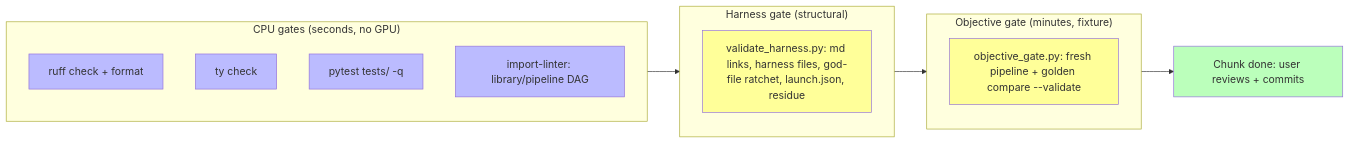
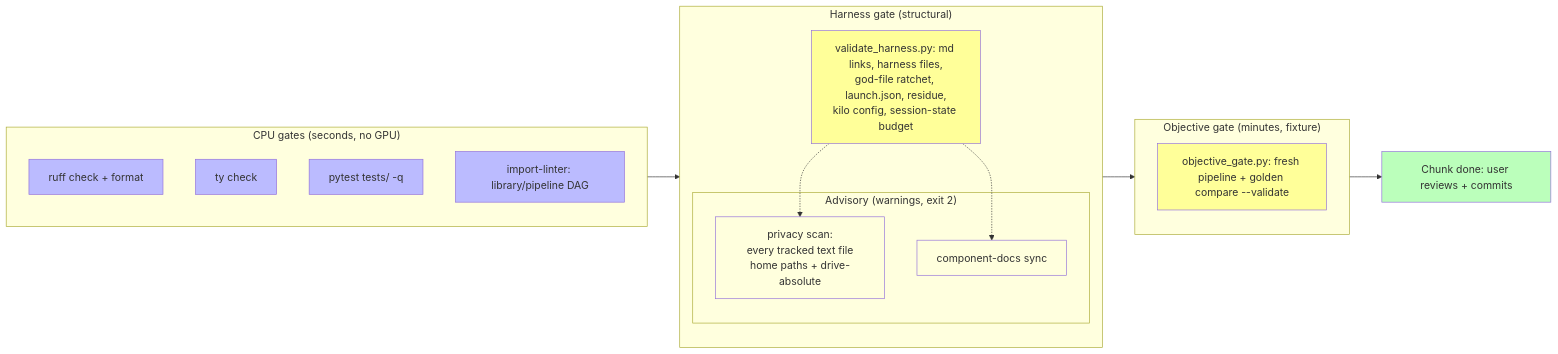
The second of 2 diagrams in docs/6-HARNESS.md (Vicomtech/dardcollect), drawn with Mermaid before and after one commit. The commit also changed other lines of this file and 10 other files, not shown here.

Commit message:
feat: implement privacy scan for tracked text files to flag machine-identifying paths; enhance validation checks and update documentation

````diff
--- a/docs/6-HARNESS.md
+++ b/docs/6-HARNESS.md
@@ -63,23 +66,31 @@
 ```mermaid
 flowchart LR
     subgraph CPU["CPU gates (seconds, no GPU)"]
         R[ruff check + format]
         T[ty check]
         P[pytest tests/ -q]
         IL[import-linter: library/pipeline DAG]
     end
     subgraph H["Harness gate (structural)"]
-        VH[validate_harness.py: md links, harness files, god-file ratchet, launch.json, residue]
+        VH[validate_harness.py: md links, harness files,<br/>god-file ratchet, launch.json, residue,<br/>kilo config, session-state budget]
+        subgraph ADV["Advisory (warnings, exit 2)"]
+            PV[privacy scan:<br/>every tracked text file<br/>home paths + drive-absolute]
+            CD[component-docs sync]
+        end
     end
     subgraph O["Objective gate (minutes, fixture)"]
         OG[objective_gate.py: fresh pipeline + golden compare --validate]
     end
+    VH -.-> PV
+    VH -.-> CD
     CPU --> H --> O --> DONE[Chunk done: user reviews + commits]
     style R fill:#bbf
     style T fill:#bbf
     style P fill:#bbf
     style IL fill:#bbf
     style VH fill:#ff9
+    style PV fill:#ffd
+    style CD fill:#ffd
     style OG fill:#ff9
     style DONE fill:#bfb
 ```
````
